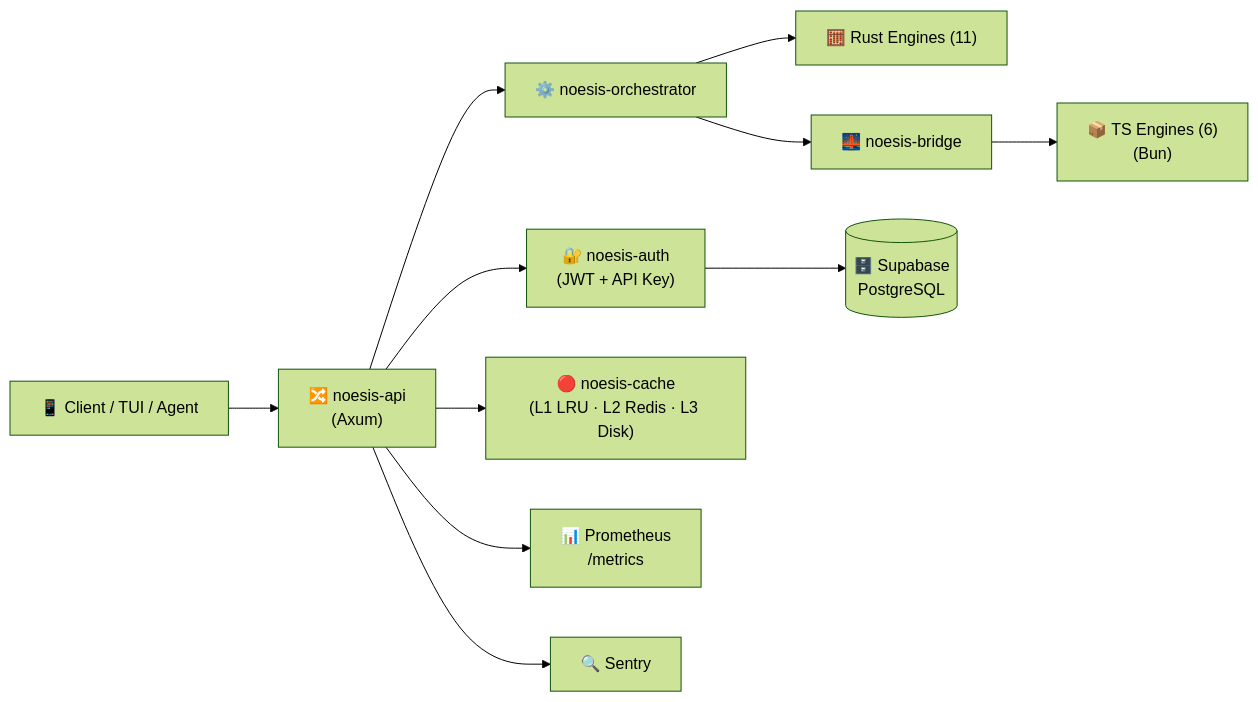
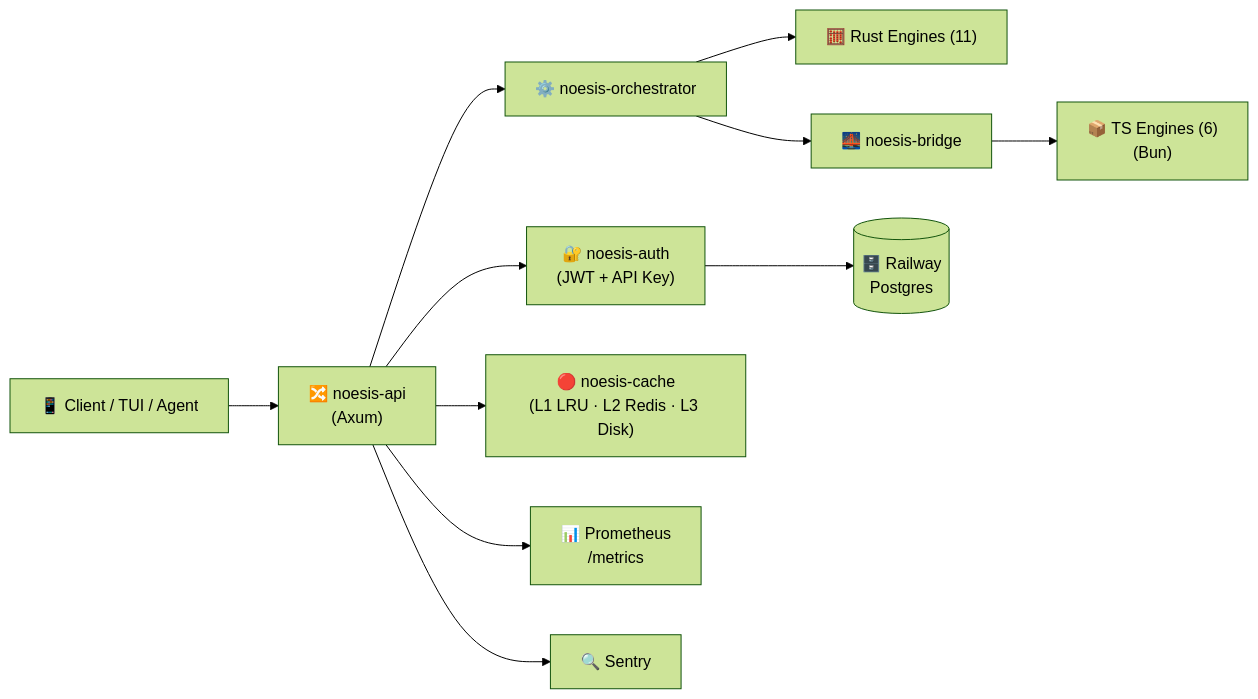
The diagram in README.md (Sheshiyer/Selemene-engine), drawn with Mermaid (forest theme) before and after one commit. The commit also changed other lines of this file and 4 other files, not shown here.

````diff
--- a/README.md
+++ b/README.md
@@ -528,13 +528,13 @@
 ```mermaid
 graph LR
     Client["📱 Client / TUI / Agent"] --> API["🔀 noesis-api<br>(Axum)"]
     API --> Auth["🔐 noesis-auth<br>(JWT + API Key)"]
     API --> Orch["⚙️ noesis-orchestrator"]
     Orch --> RE["🧮 Rust Engines (11)"]
     Orch --> Bridge["🌉 noesis-bridge"]
     Bridge --> TSE["📦 TS Engines (6)<br>(Bun)"]
     API --> Cache["🔴 noesis-cache<br>(L1 LRU · L2 Redis · L3 Disk)"]
-    Auth --> DB[("🗄️ Supabase<br>PostgreSQL")]
+    Auth --> DB[("🗄️ Railway<br>Postgres")]
     API --> Metrics["📊 Prometheus<br>/metrics"]
     API --> Sentry["🔍 Sentry"]
 ```
````
